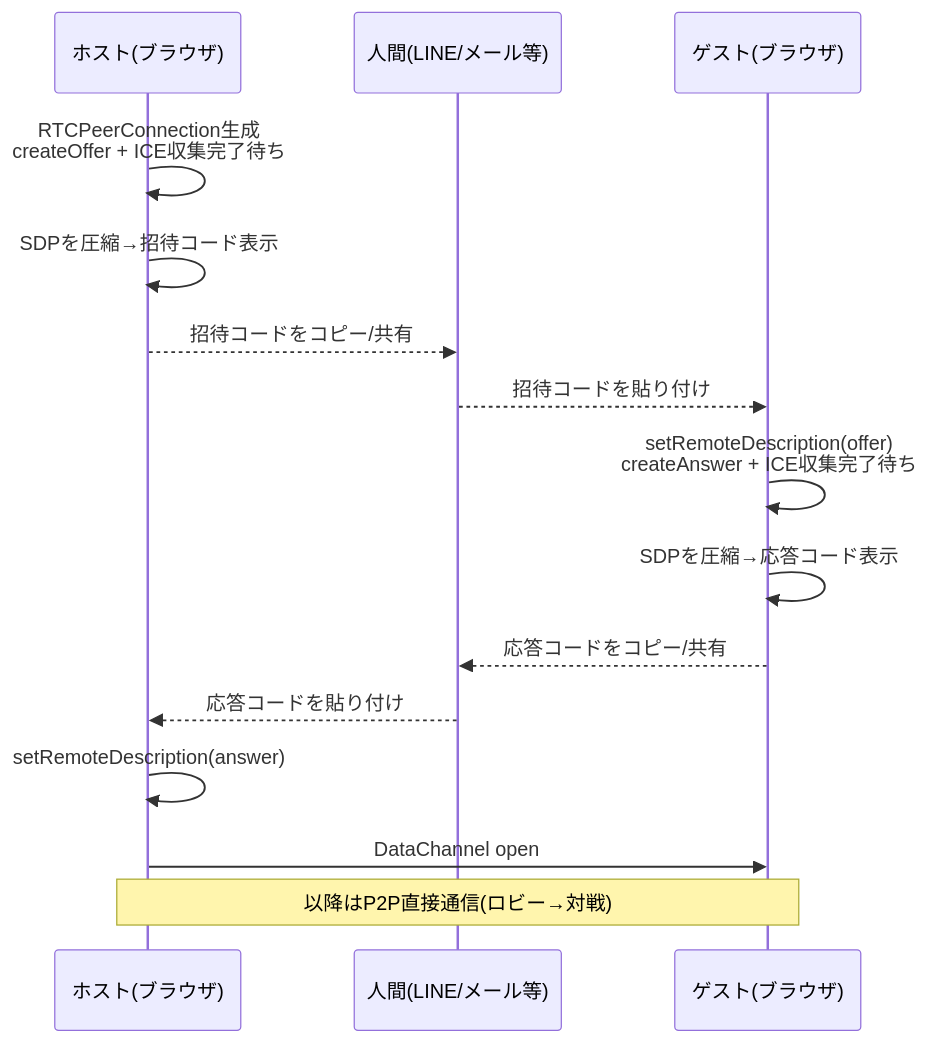
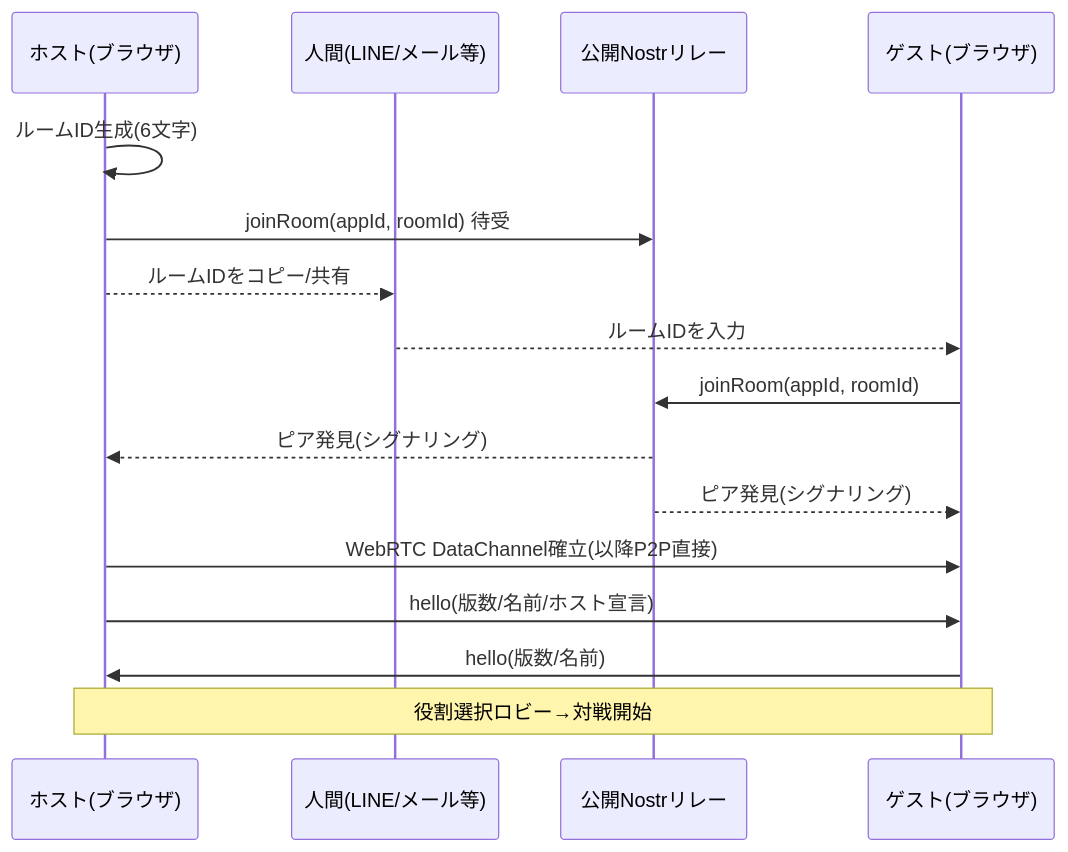
One commit to sakanayuki/cc_josys changed the fourth of 4 diagrams in docs/詳細設計書.md. Above: the diagram before and after it, drawn with Mermaid. The commit also changed other lines of this file and 7 other files, not shown here.

````diff
--- a/docs/詳細設計書.md
+++ b/docs/詳細設計書.md
@@ -631,17 +626,18 @@
 ```mermaid
 sequenceDiagram
     participant H as ホスト(ブラウザ)
     participant U as 人間(LINE/メール等)
+    participant N as 公開Nostrリレー
     participant G as ゲスト(ブラウザ)
-    H->>H: RTCPeerConnection生成<br>createOffer + ICE収集完了待ち
-    H->>H: SDPを圧縮→招待コード表示
-    H-->>U: 招待コードをコピー/共有
-    U-->>G: 招待コードを貼り付け
-    G->>G: setRemoteDescription(offer)<br>createAnswer + ICE収集完了待ち
-    G->>G: SDPを圧縮→応答コード表示
-    G-->>U: 応答コードをコピー/共有
-    U-->>H: 応答コードを貼り付け
-    H->>H: setRemoteDescription(answer)
-    H->>G: DataChannel open
-    Note over H,G: 以降はP2P直接通信(ロビー→対戦)
+    H->>H: ルームID生成(6文字)
+    H->>N: joinRoom(appId, roomId) 待受
+    H-->>U: ルームIDをコピー/共有
+    U-->>G: ルームIDを入力
+    G->>N: joinRoom(appId, roomId)
+    N-->>H: ピア発見(シグナリング)
+    N-->>G: ピア発見(シグナリング)
+    H->>G: WebRTC DataChannel確立(以降P2P直接)
+    H->>G: hello(版数/名前/ホスト宣言)
+    G->>H: hello(版数/名前)
+    Note over H,G: 役割選択ロビー→対戦開始
 ```
````
